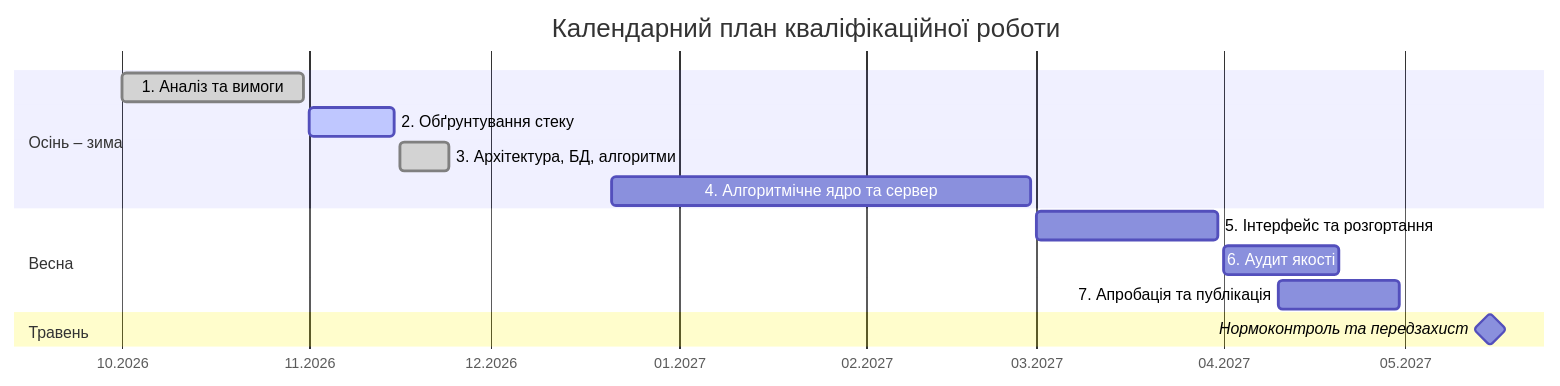
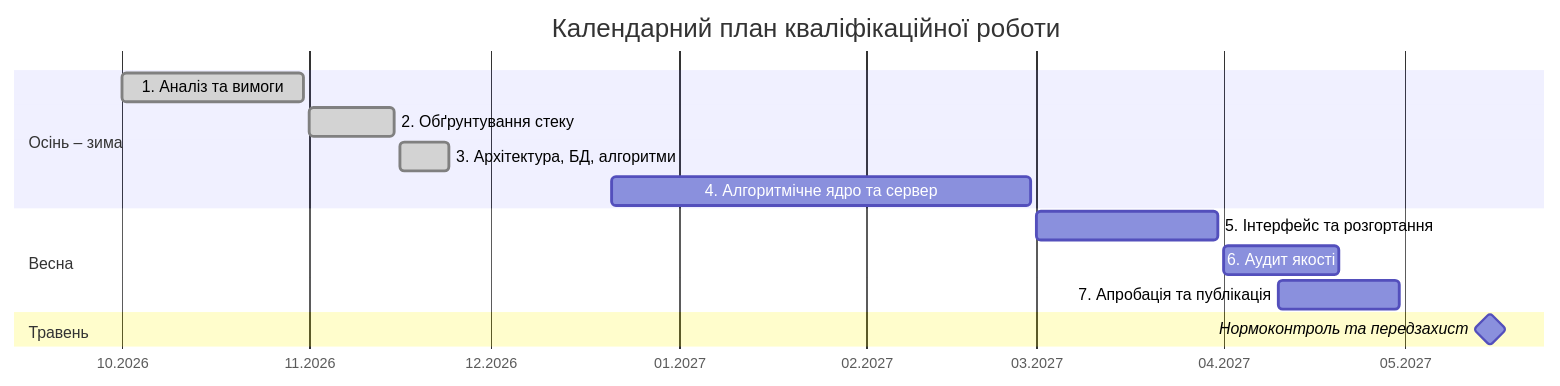
One commit to MarcoGr11/Recall changed the diagram in docs/README.md. Above: the diagram before and after it, drawn with Mermaid. The commit also changed other lines of this file and 30 other files, not shown here.

````diff
--- a/docs/README.md
+++ b/docs/README.md
@@ -63,17 +72,17 @@
 ```mermaid
 gantt
     title Календарний план кваліфікаційної роботи
     dateFormat YYYY-MM-DD
     axisFormat %m.%Y
     section Осінь – зима
     1. Аналіз та вимоги              :done, s1, 2026-10-01, 2026-10-31
-    2. Обґрунтування стеку           :active, s2, 2026-11-01, 2026-11-15
+    2. Обґрунтування стеку           :done, s2, 2026-11-01, 2026-11-15
     3. Архітектура, БД, алгоритми    :done, s3, 2026-11-16, 2026-11-24
     4. Алгоритмічне ядро та сервер   :s4, 2026-12-21, 2027-02-28
     section Весна
     5. Інтерфейс та розгортання      :s5, 2027-03-01, 2027-03-31
     6. Аудит якості                  :s6, 2027-04-01, 2027-04-20
     7. Апробація та публікація       :s7, 2027-04-10, 2027-04-30
     section Травень
     Нормоконтроль та передзахист     :milestone, 2027-05-15, 0d
 ```
````
